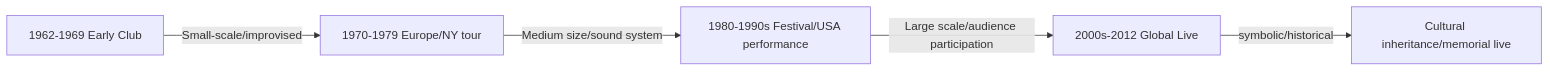
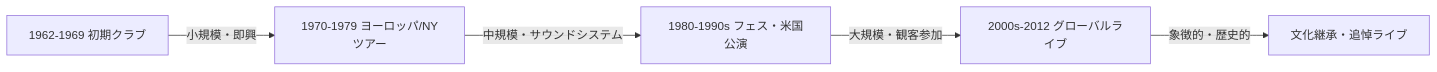
Before and after one commit to monumental-movement/monumental-movement.github.io: the diagram in en/_posts/2025-11-14-column-toots-and-the-maytals-live-history.md, drawn with Mermaid. The commit also changed other lines of this file and 2196 other files, not shown here.

```diff
--- a/en/_posts/2025-11-14-column-toots-and-the-maytals-live-history.md
+++ b/en/_posts/2025-11-14-column-toots-and-the-maytals-live-history.md
@@ -201,9 +201,9 @@
 <div class="mermaid">
 
 graph LR
-A[1962-1969 Early Club] -->|Small-scale/improvised| B[1970-1979 Europe/NY tour]
-B -->|Medium size/sound system| C[1980-1990s Festival/USA performance]
-C -->|Large scale/audience participation| D[2000s-2012 Global Live]
-D -->|symbolic/historical| E[Cultural inheritance/memorial live]
+A[1962-1969 初期クラブ] -->|小規模・即興| B[1970-1979 ヨーロッパ/NYツアー]
+B -->|中規模・サウンドシステム| C[1980-1990s フェス・米国公演]
+C -->|大規模・観客参加| D[2000s-2012 グローバルライブ]
+D -->|象徴的・歴史的| E[文化継承・追悼ライブ]
 
 </div>
```
